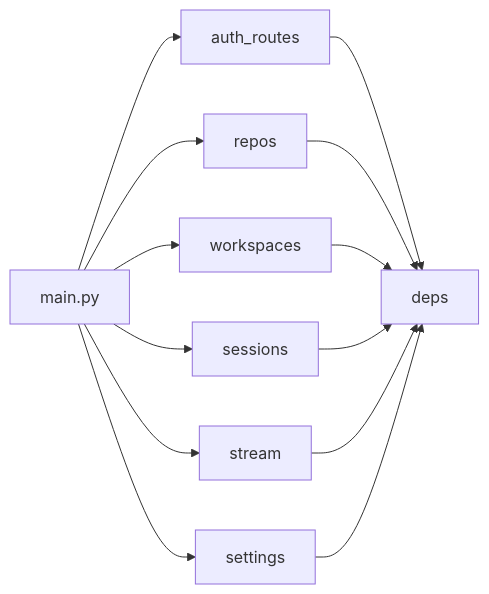
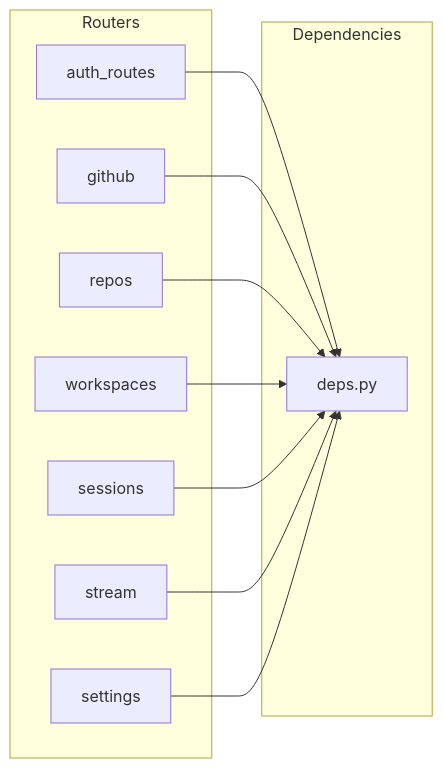
The fourth of 6 diagrams in lit/yinshi.lit.md (codyborders/yinshi), drawn with Mermaid before and after one commit. The commit also changed other lines of this file and 3 other files, not shown here.

````diff
--- a/lit/yinshi.lit.md
+++ b/lit/yinshi.lit.md
@@ -1719,15 +4438,24 @@
 ```mermaid
 graph LR
-  Main[main.py] --> AuthR[auth_routes]
-  Main --> Repos[repos]
-  Main --> WS[workspaces]
-  Main --> Sess[sessions]
-  Main --> Stream[stream]
-  Main --> Set[settings]
-  AuthR --> Deps[deps]
-  Repos --> Deps
-  WS --> Deps
-  Sess --> Deps
-  Stream --> Deps
-  Set --> Deps
+    subgraph Routers
+        AR[auth_routes]
+        GH[github]
+        RP[repos]
+        WS[workspaces]
+        SE[sessions]
+        ST[stream]
+        SET[settings]
+    end
+
+    subgraph Dependencies
+        D[deps.py]
+    end
+
+    AR --> D
+    GH --> D
+    RP --> D
+    WS --> D
+    SE --> D
+    ST --> D
+    SET --> D
 ```
````
